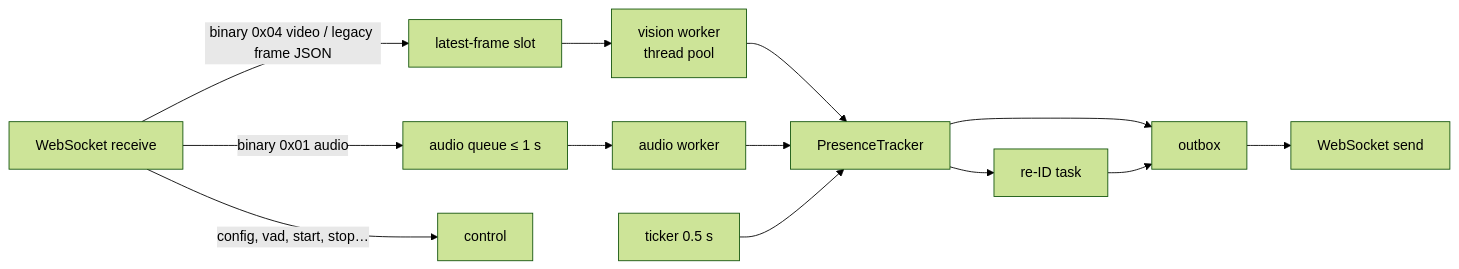
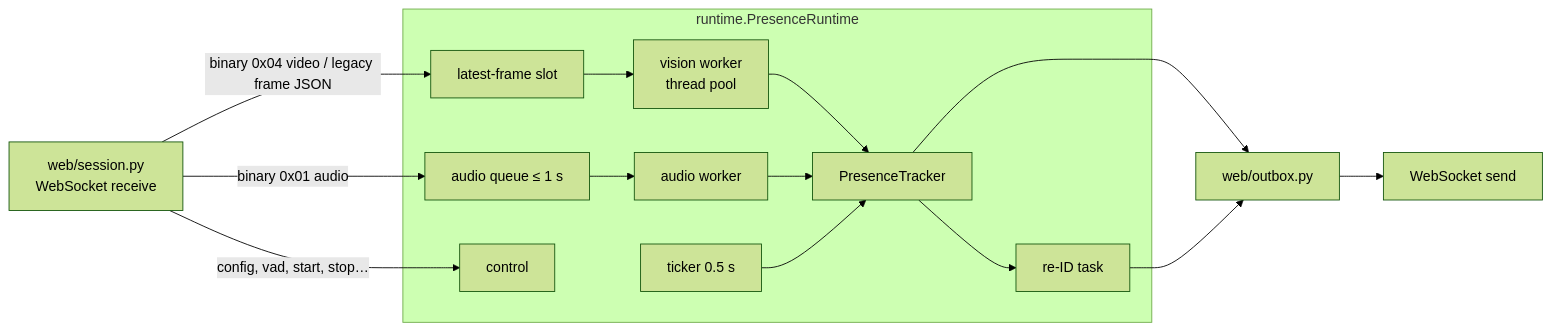
One commit to mcw519/presencekit changed the diagram in docs/architecture.md. Above: the diagram before and after it, drawn with Mermaid (forest theme). The commit also changed other lines of this file and 5 other files, not shown here.

First line of the commit message:
docs: redraw architecture diagrams for the v0.13 layering

````diff
--- a/docs/architecture.md
+++ b/docs/architecture.md
@@ -107,11 +107,15 @@
 ```mermaid
 flowchart LR
-  WS[WebSocket receive] -->|binary 0x04 video / legacy frame JSON| SLOT[latest-frame slot]
-  WS -->|binary 0x01 audio| AQ[audio queue ≤ 1 s]
-  WS -->|config, vad, start, stop…| CTRL[control]
-  SLOT --> VW[vision worker<br/>thread pool] --> TR[PresenceTracker]
-  AQ --> AW[audio worker] --> TR
-  TICK[ticker 0.5 s] --> TR
-  TR --> OB[outbox] --> OUT[WebSocket send]
-  TR --> RE[re-ID task] --> OB
+  WS[web/session.py<br/>WebSocket receive] -->|binary 0x04 video / legacy frame JSON| SLOT
+  WS -->|binary 0x01 audio| AQ
+  WS -->|config, vad, start, stop…| CTRL
+  subgraph RT["runtime.PresenceRuntime"]
+    SLOT[latest-frame slot] --> VW[vision worker<br/>thread pool] --> TR[PresenceTracker]
+    AQ[audio queue ≤ 1 s] --> AW[audio worker] --> TR
+    CTRL[control]
+    TICK[ticker 0.5 s] --> TR
+    TR --> RE[re-ID task]
+  end
+  TR --> OB[web/outbox.py] --> OUT[WebSocket send]
+  RE --> OB
 ```
````
